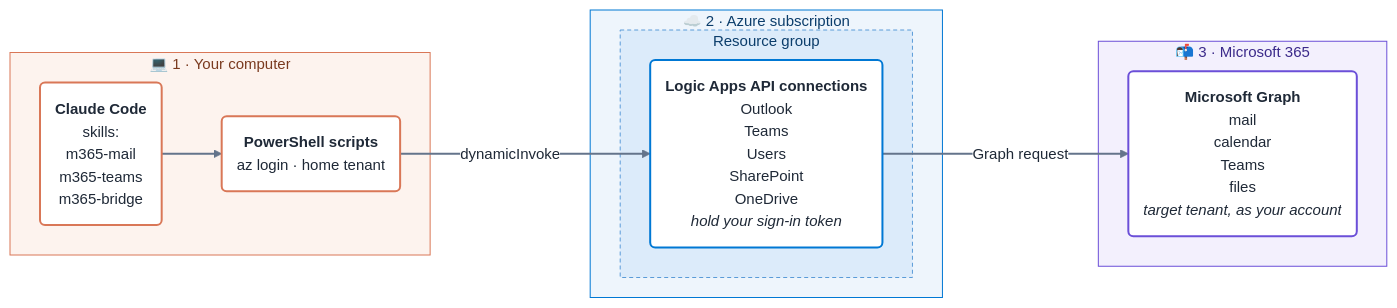
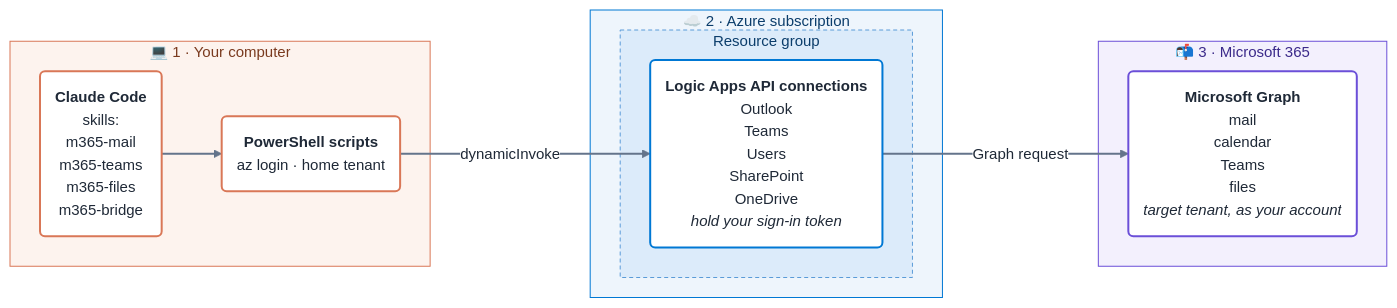
Before and after one commit to valerymoskalenko/M365-Connector-Bridge-for-Claude-Code: the diagram in README.md, drawn with Mermaid. The commit also changed other lines of this file and 17 other files, not shown here.

````diff
--- a/README.md
+++ b/README.md
@@ -9,34 +9,34 @@
 ```mermaid
 %%{init: {"theme": "base", "flowchart": {"wrappingWidth": 280, "nodeSpacing": 40, "rankSpacing": 60}, "themeVariables": {"fontFamily": "Segoe UI, -apple-system, Helvetica, Arial, sans-serif", "fontSize": "15px", "primaryTextColor": "#1F2937", "lineColor": "#64748B", "edgeLabelBackground": "#FFFFFF"}}}%%
 flowchart LR
     subgraph PC["💻 1 · Your computer"]
-        CC("<b>Claude Code</b><br/>skills:<br/>m365-mail<br/>m365-teams<br/>m365-bridge")
+        CC("<b>Claude Code</b><br/>skills:<br/>m365-mail<br/>m365-teams<br/>m365-files<br/>m365-bridge")
         S("<b>PowerShell scripts</b><br/>az login · home tenant")
         CC --> S
     end
 
     subgraph AZ["☁️ 2 · Azure subscription"]
         subgraph RG["Resource group"]
             C("<b>Logic Apps API connections</b><br/>Outlook<br/>Teams<br/>Users<br/>SharePoint<br/>OneDrive<br/><i>hold your sign-in token</i>")
         end
     end
 
     subgraph M365["📬 3 · Microsoft 365"]
         G("<b>Microsoft Graph</b><br/>mail<br/>calendar<br/>Teams<br/>files<br/><i>target tenant, as your account</i>")
     end
 
     S == "dynamicInvoke" ==> C
     C == "Graph request" ==> G
 
     classDef claude fill:#FFFFFF,stroke:#D97757,stroke-width:2px,color:#1F2937
     classDef azure fill:#FFFFFF,stroke:#0078D4,stroke-width:2px,color:#1F2937
     classDef m365 fill:#FFFFFF,stroke:#6B4FD8,stroke-width:2px,color:#1F2937
     class CC,S claude
     class C azure
     class G m365
     style PC fill:#FDF3EE,stroke:#D97757,stroke-width:1px,color:#7A3A1F
     style AZ fill:#EEF5FC,stroke:#0078D4,stroke-width:1px,color:#0B3D6B
     style RG fill:#DCEBFA,stroke:#5A9BD8,stroke-width:1px,stroke-dasharray:4 3,color:#0B3D6B
     style M365 fill:#F3F0FD,stroke:#6B4FD8,stroke-width:1px,color:#3B2A8A
     linkStyle default stroke:#64748B,stroke-width:2px
 ```
````
